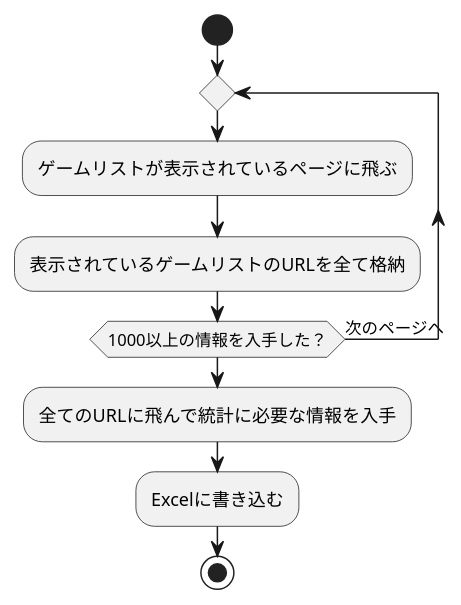
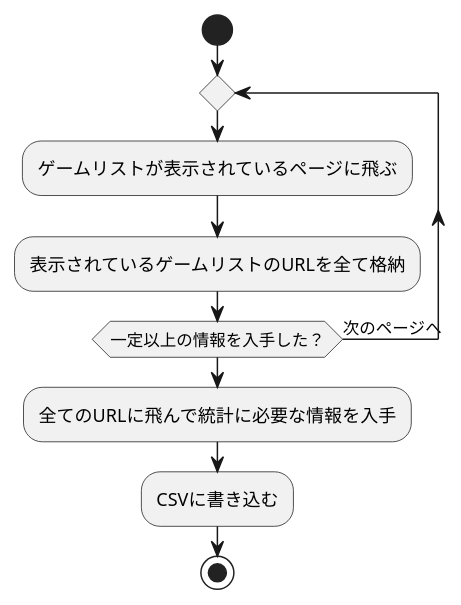
One commit to kunitaka4649/freem_scraping changed the diagram in uml/design.pu. Above: the diagram before and after it, drawn with PlantUML. The commit also changed 2 other files, not shown here.

Commit message:
plantuml change

```diff
--- a/uml/design.pu
+++ b/uml/design.pu
@@ -1,14 +1,14 @@
 @startuml
 
 start
 
 repeat
   :ゲームリストが表示されているページに飛ぶ;
   :表示されているゲームリストのURLを全て格納;
-repeat while (1000以上の情報を入手した？) is (次のページへ)
+repeat while (一定以上の情報を入手した？) is (次のページへ)
   :全てのURLに飛んで統計に必要な情報を入手;
-  :Excelに書き込む;
+  :CSVに書き込む;
 
 stop
 
 @enduml
```
